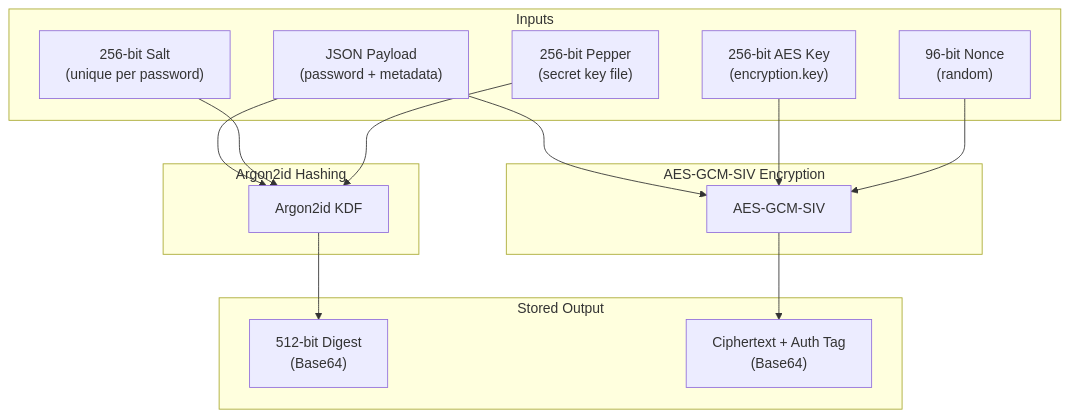
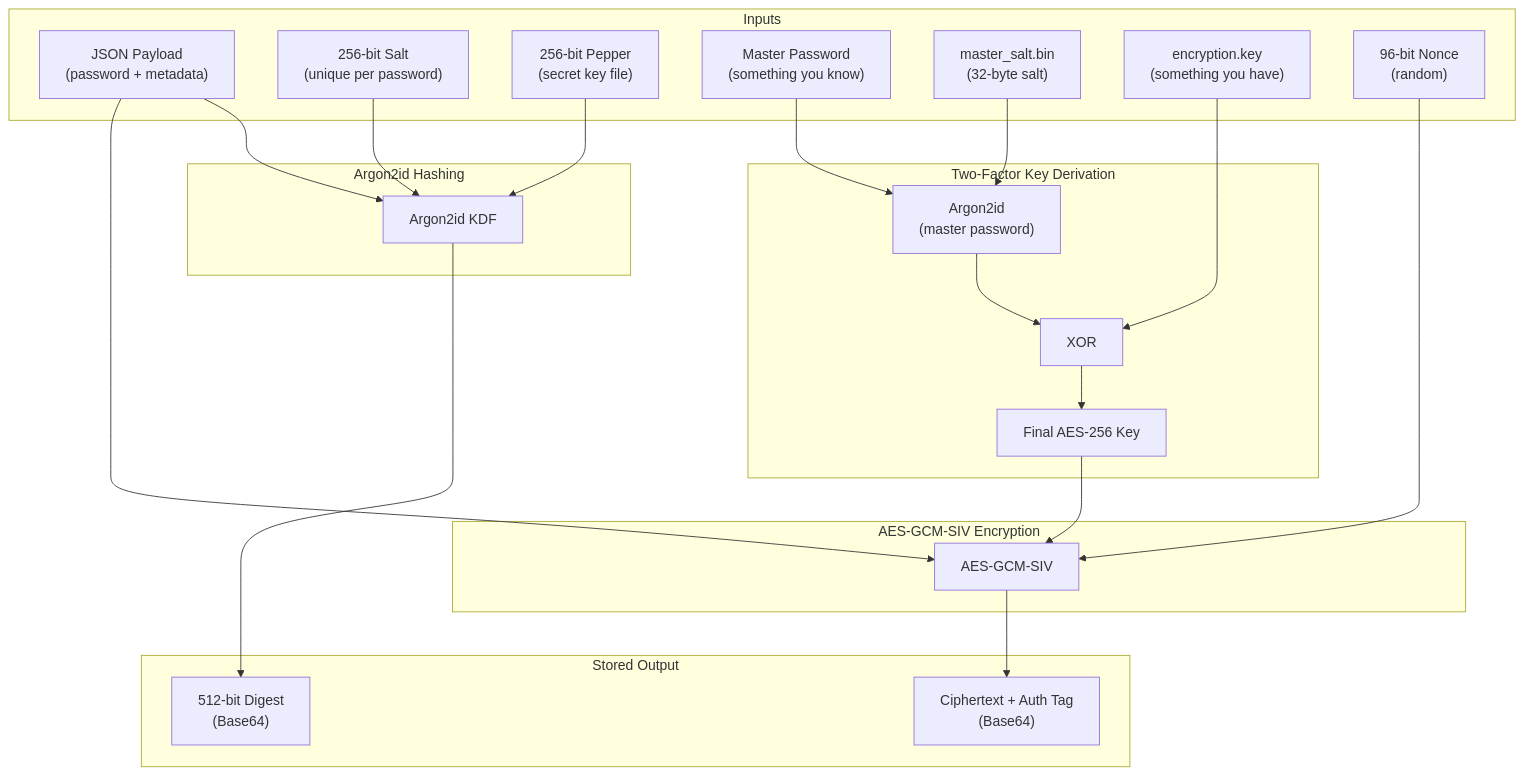
Before and after one commit to jayissi/Secure-Password-Generator: the diagram in README.md, drawn with Mermaid. The commit also changed other lines of this file and 4 other files, not shown here.

````diff
--- a/README.md
+++ b/README.md
@@ -336,33 +361,47 @@
 ```mermaid
 flowchart TD
     subgraph inputs [Inputs]
         payload["JSON Payload<br/>(password + metadata)"]
         salt["256-bit Salt<br/>(unique per password)"]
         pepper["256-bit Pepper<br/>(secret key file)"]
-        aesKey["256-bit AES Key<br/>(encryption.key)"]
+        masterPw["Master Password<br/>(something you know)"]
+        masterSalt["master_salt.bin<br/>(32-byte salt)"]
+        fileKey["encryption.key<br/>(something you have)"]
         nonce["96-bit Nonce<br/>(random)"]
     end
 
     subgraph hashing [Argon2id Hashing]
         argon2["Argon2id KDF"]
+    end
+
+    subgraph keyDerivation [Two-Factor Key Derivation]
+        masterKdf["Argon2id<br/>(master password)"]
+        xorOp["XOR"]
+        finalKey["Final AES-256 Key"]
     end
 
     subgraph encryption [AES-GCM-SIV Encryption]
         aesgcm["AES-GCM-SIV"]
     end
 
     subgraph output [Stored Output]
         digest["512-bit Digest<br/>(Base64)"]
         ciphertext["Ciphertext + Auth Tag<br/>(Base64)"]
     end
 
     payload --> argon2
     salt --> argon2
     pepper --> argon2
     argon2 --> digest
 
+    masterPw --> masterKdf
+    masterSalt --> masterKdf
+    masterKdf --> xorOp
+    fileKey --> xorOp
+    xorOp --> finalKey
+
     payload --> aesgcm
-    aesKey --> aesgcm
+    finalKey --> aesgcm
     nonce --> aesgcm
     aesgcm --> ciphertext
 ```
````
